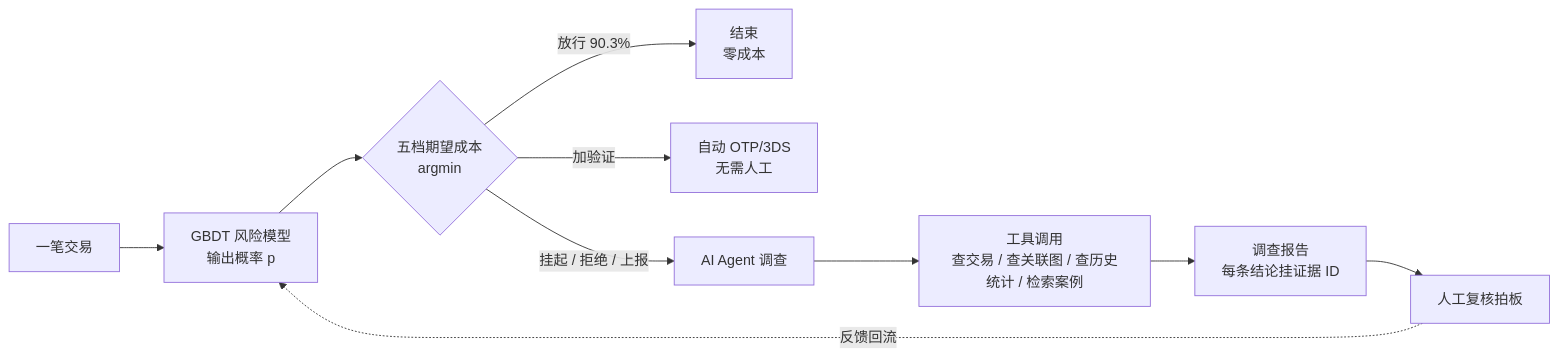
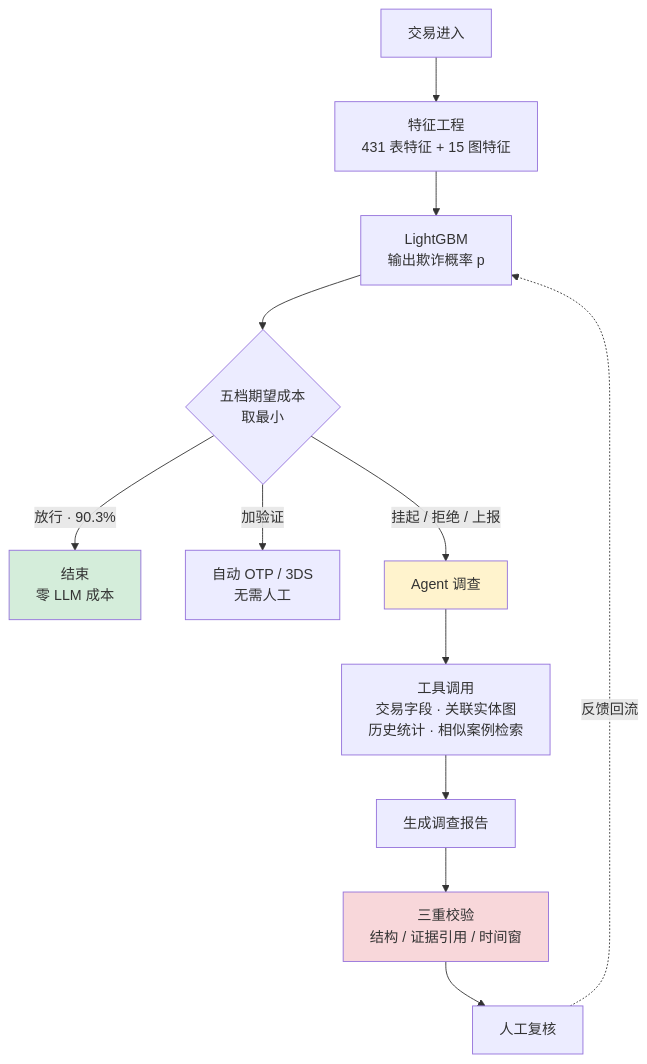
Before and after one commit to 1257599842-cell/AI-Agent-Fraud-Detection: the diagram in README.md, drawn with Mermaid. The commit also changed other lines of this file, not shown here.

````diff
--- a/README.md
+++ b/README.md
@@ -79,12 +40,19 @@
 ```mermaid
-flowchart LR
-    A[一笔交易] --> B[GBDT 风险模型<br/>输出概率 p]
-    B --> C{五档期望成本<br/>argmin}
-    C -->|放行 90.3%| Z[结束<br/>零成本]
-    C -->|加验证| S[自动 OTP/3DS<br/>无需人工]
-    C -->|挂起 / 拒绝 / 上报| D[AI Agent 调查]
-    D --> E[工具调用<br/>查交易 / 查关联图 / 查历史统计 / 检索案例]
-    E --> F[调查报告<br/>每条结论挂证据 ID]
-    F --> G[人工复核拍板]
-    G -.反馈回流.-> B
+flowchart TD
+    A[交易进入] --> B[特征工程<br/>431 表特征 + 15 图特征]
+    B --> C[LightGBM<br/>输出欺诈概率 p]
+    C --> D{五档期望成本<br/>取最小}
+    D -->|放行 · 90.3%| Z[结束<br/>零 LLM 成本]
+    D -->|加验证| S[自动 OTP / 3DS<br/>无需人工]
+    D -->|挂起 / 拒绝 / 上报| E[Agent 调查]
+
+    E --> F[工具调用<br/>交易字段 · 关联实体图<br/>历史统计 · 相似案例检索]
+    F --> G[生成调查报告]
+    G --> H[三重校验<br/>结构 / 证据引用 / 时间窗]
+    H --> I[人工复核]
+    I -.反馈回流.-> C
+
+    style Z fill:#d4edda
+    style E fill:#fff3cd
+    style H fill:#f8d7da
 ```
````
